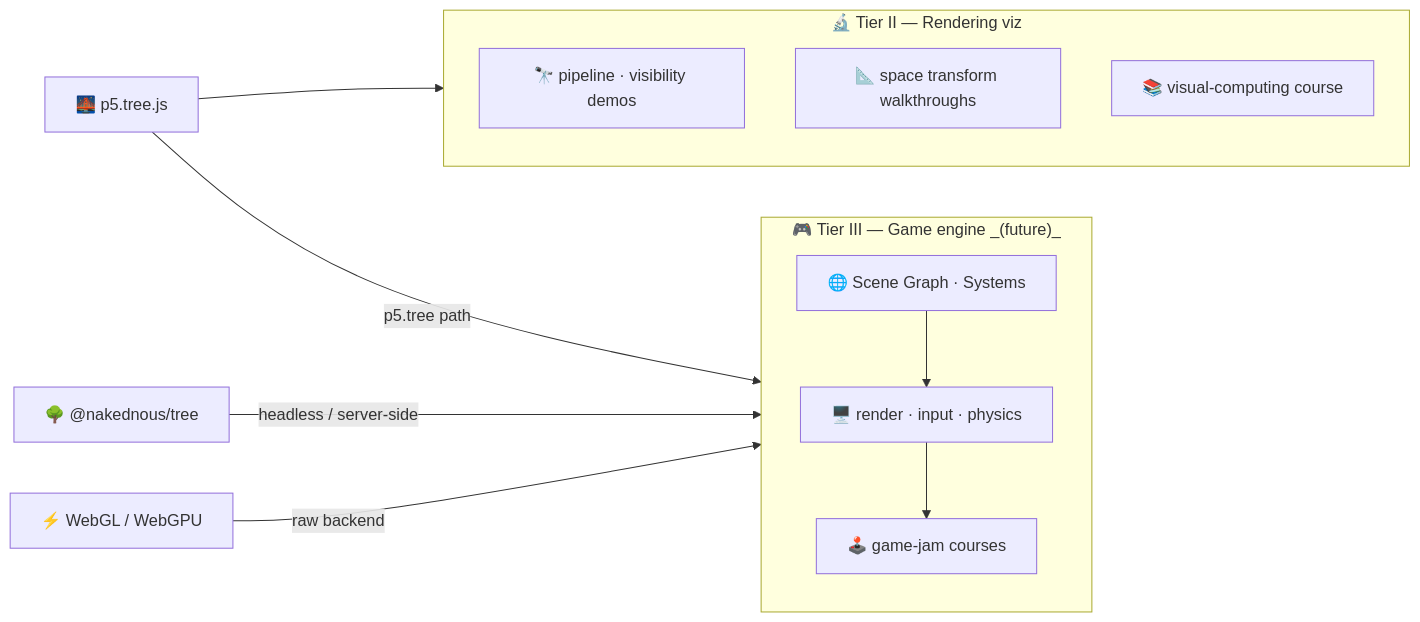
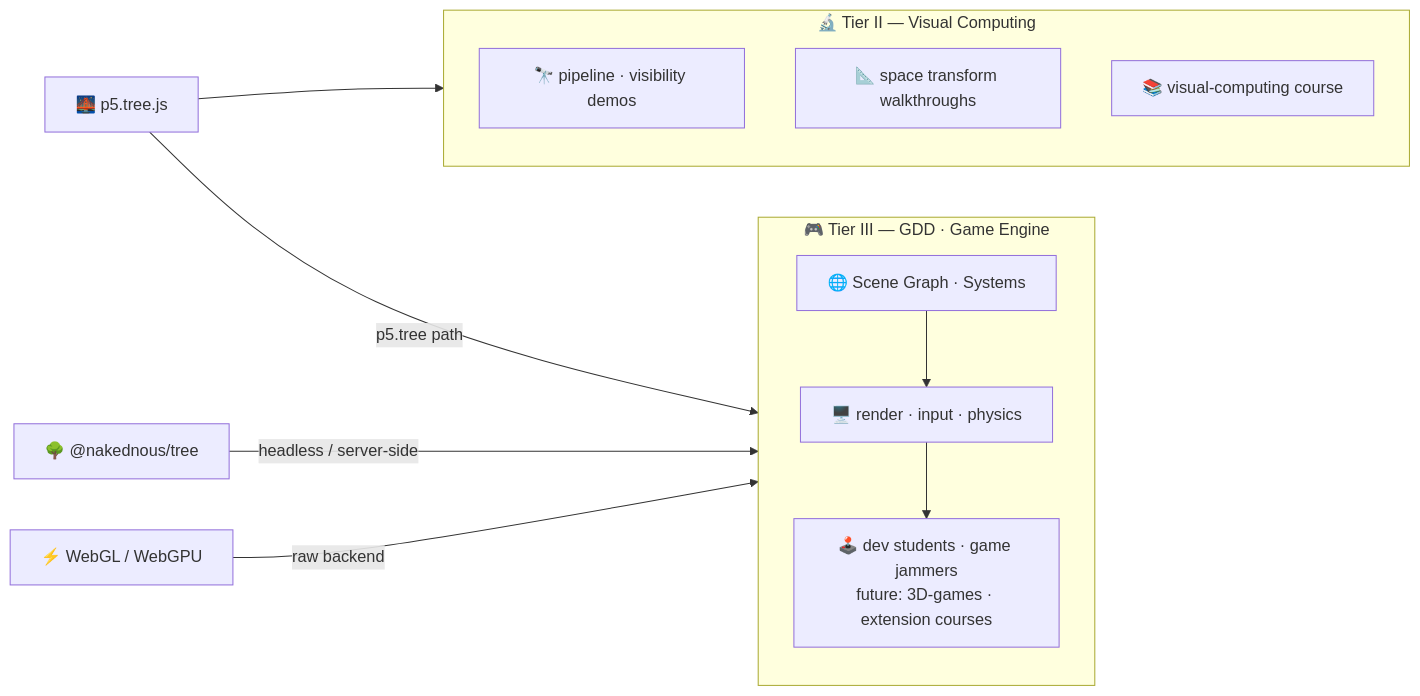
One commit to ABJ-d/tree changed the fifth of 8 diagrams in slides.md. Above: the diagram before and after it, drawn with Mermaid. The commit also changed other lines of this file and 2 other files, not shown here.

````diff
--- a/slides.md
+++ b/slides.md
@@ -147,26 +147,27 @@
 ```mermaid
 flowchart LR
   C["🌉 p5.tree.js"]
   T["🌳 @nakednous/tree"]
   GPU["⚡ WebGL / WebGPU"]
 
-  subgraph V["🔬 Tier II — Rendering viz"]
+  subgraph V["🔬 Tier II — Visual Computing"]
     direction TB
     v1["🔭 pipeline · visibility demos"]
     v2["📐 space transform walkthroughs"]
     v3["📚 visual-computing course"]
   end
 
-  subgraph G["🎮 Tier III — Game engine _(future)_"]
+  subgraph G["🎮 Tier III — GDD · Game Engine"]
+    direction TB
     g1["🌐 Scene Graph · Systems"]
     g2["🖥️ render · input · physics"]
-    g3["🕹️ game-jam courses"]
+    g3["🕹️ dev students · game jammers\nfuture: 3D-games · extension courses"]
   end
 
   C --> V
   C -->|"p5.tree path"| G
   T -->|"headless / server-side"| G
   GPU -->|"raw backend"| G
 
   g1 --> g2 --> g3
 ```
````
